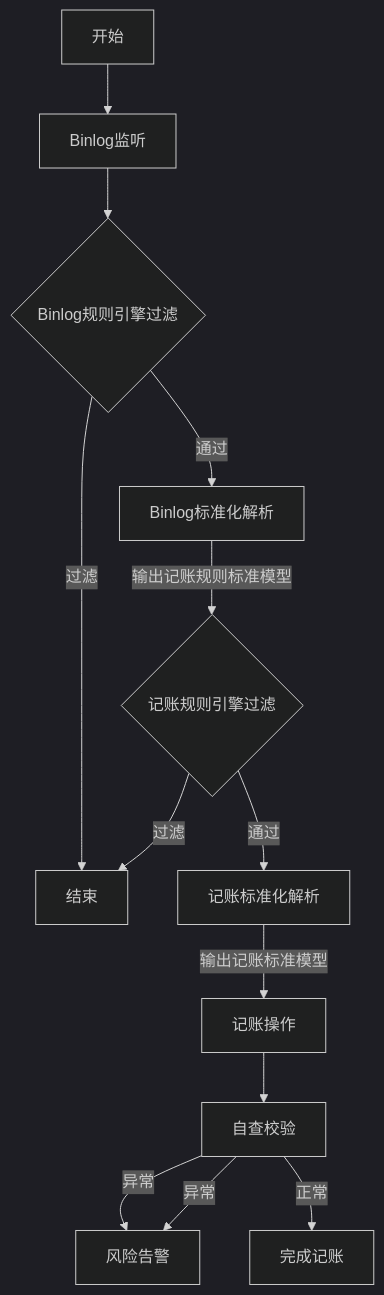
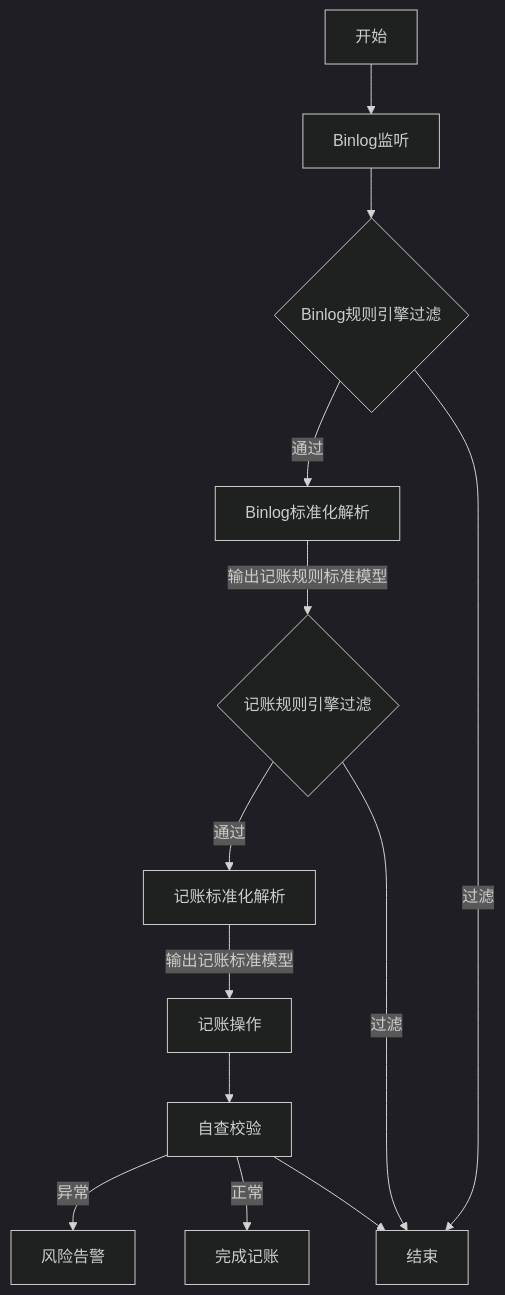
The diagram in all/记账架构流程图.md (87828943/iodraw-files), drawn with Mermaid (dark theme) before and after one commit.

Commit message:
2025-07-07 14:56:18 update

````diff
--- a/all/记账架构流程图.md
+++ b/all/记账架构流程图.md
@@ -1,15 +1,15 @@
 ```mermaid
 graph TD
     Z[开始] --> A
     A[Binlog监听] --> B{Binlog规则引擎过滤}
     B -->|通过| C[Binlog标准化解析]
     B -->|过滤| K[结束]
     C --> |输出记账规则标准模型|D{记账规则引擎过滤}
     D --> |通过|E[记账标准化解析]
     D --> |过滤|K
     E --> |输出记账标准模型|F[记账操作]
     F --> G[自查校验]
     G -->|异常| H[风险告警]
-    G -->|异常| H[风险告警]
+    G -->  K[结束]
     G -->|正常| I[完成记账]
 ```
````
